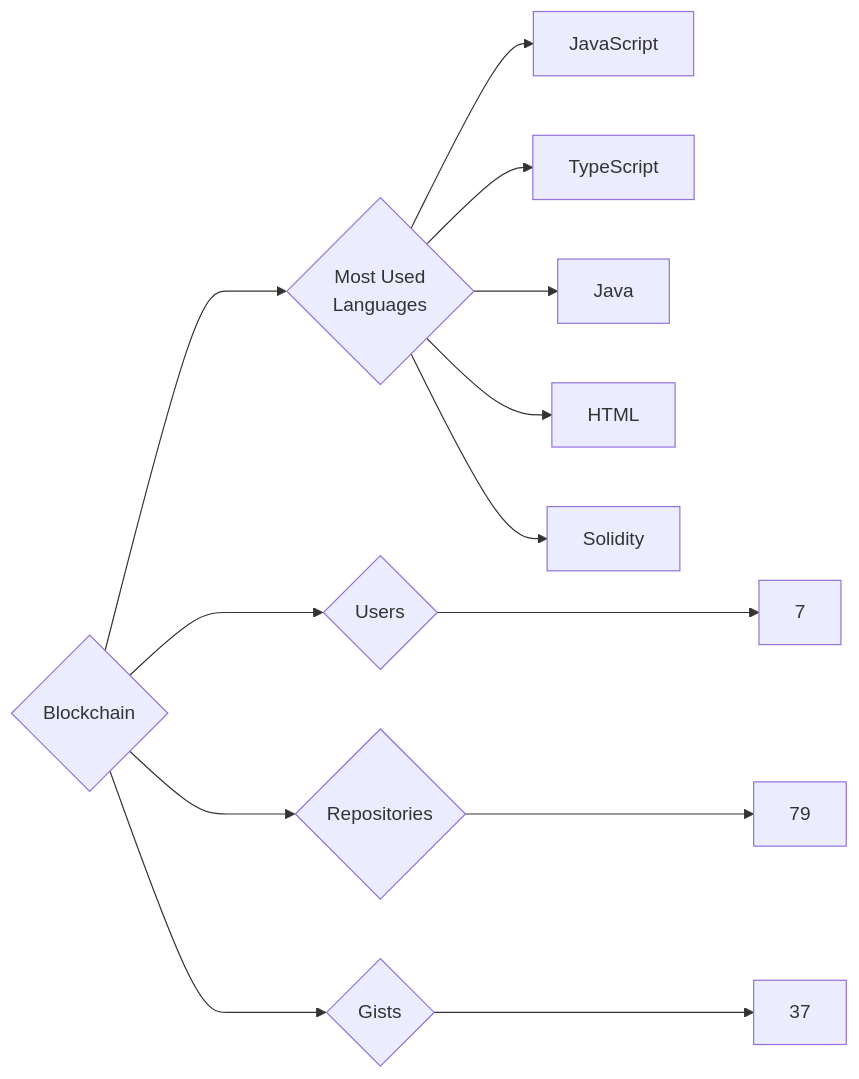
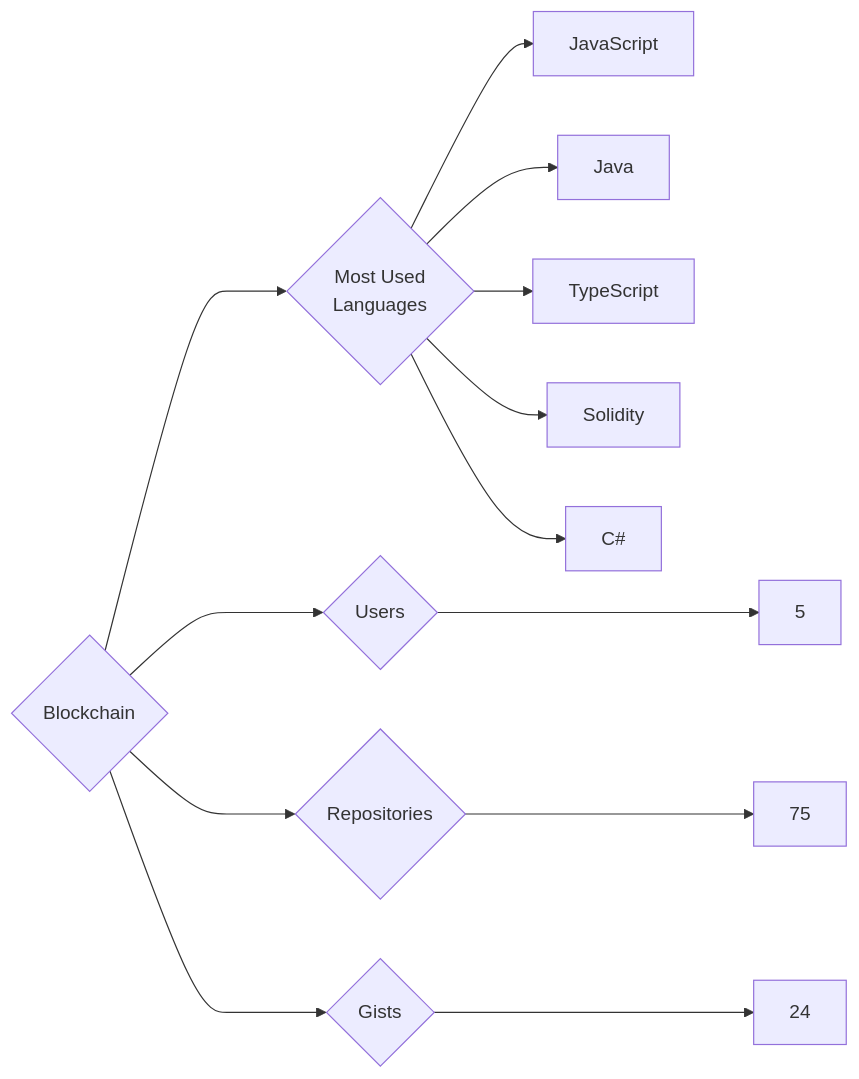
Before and after one commit to trickest/insiders: the diagram in targets/Blockchain/README.md, drawn with Mermaid. The commit also changed 1084 other files, not shown here.

````diff
--- a/targets/Blockchain/README.md
+++ b/targets/Blockchain/README.md
@@ -3,13 +3,13 @@
 ```mermaid
 graph LR
 COMPANY_NAME{Blockchain}
-COMPANY_NAME ---> U{Users} ---> UN[7]
-COMPANY_NAME ---> R{Repositories} ---> RN[79]
-COMPANY_NAME ---> G{Gists} ---> GN[37]
+COMPANY_NAME ---> U{Users} ---> UN[5]
+COMPANY_NAME ---> R{Repositories} ---> RN[75]
+COMPANY_NAME ---> G{Gists} ---> GN[24]
 COMPANY_NAME ---> ML{Most Used<br>Languages}
 ML --> JavaScript[JavaScript]
+ML --> Java[Java]
 ML --> TypeScript[TypeScript]
-ML --> Java[Java]
-ML --> HTML[HTML]
 ML --> Solidity[Solidity]
+ML --> C#[C#]
 ```
````
